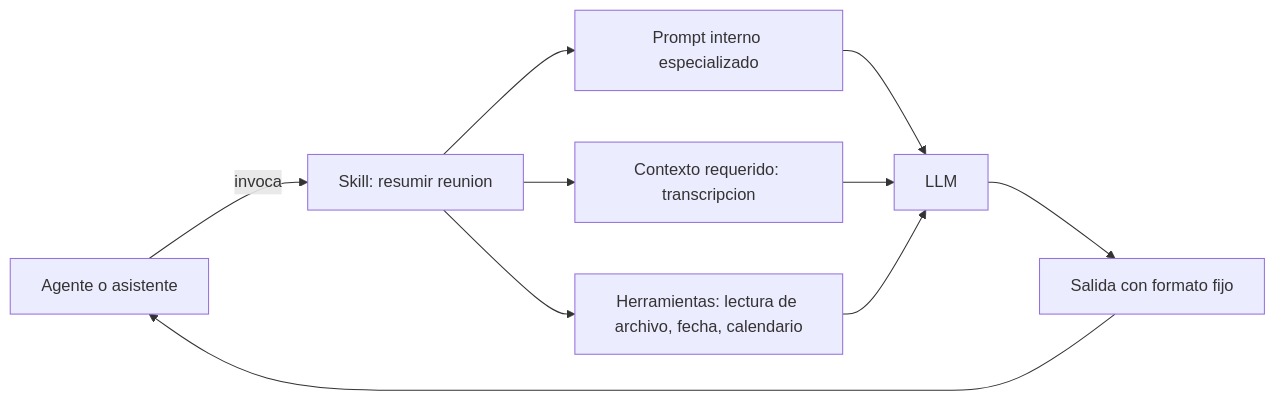
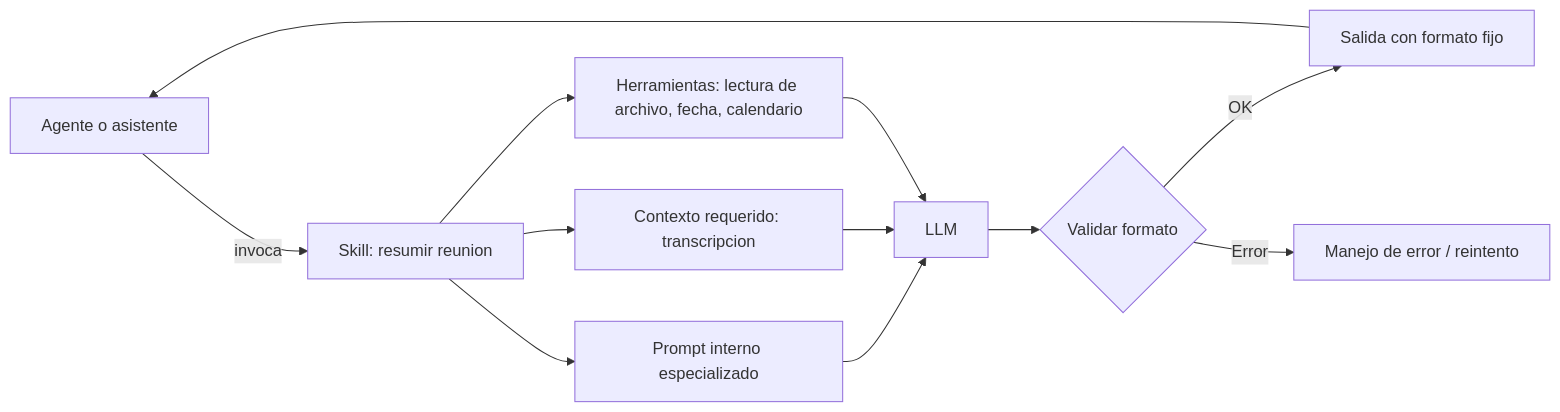
One commit to jjrosalesuci/ia changed the diagram in Conceptos/08-skill.md. Above: the diagram before and after it, drawn with Mermaid. The commit also changed other lines of this file and 7 other files, not shown here.

````diff
--- a/Conceptos/08-skill.md
+++ b/Conceptos/08-skill.md
@@ -45,12 +125,14 @@
 ```mermaid
 flowchart LR
     AG[Agente o asistente] -->|invoca| SK[Skill: resumir reunion]
     SK --> P[Prompt interno especializado]
     SK --> CTX[Contexto requerido: transcripcion]
     SK --> TOOLS[Herramientas: lectura de archivo, fecha, calendario]
     P --> LLM[LLM]
     CTX --> LLM
     TOOLS --> LLM
-    LLM --> OUT[Salida con formato fijo]
+    LLM --> VAL{Validar formato}
+    VAL -- OK --> OUT[Salida con formato fijo]
+    VAL -- Error --> ERR[Manejo de error / reintento]
     OUT --> AG
 ```
````
